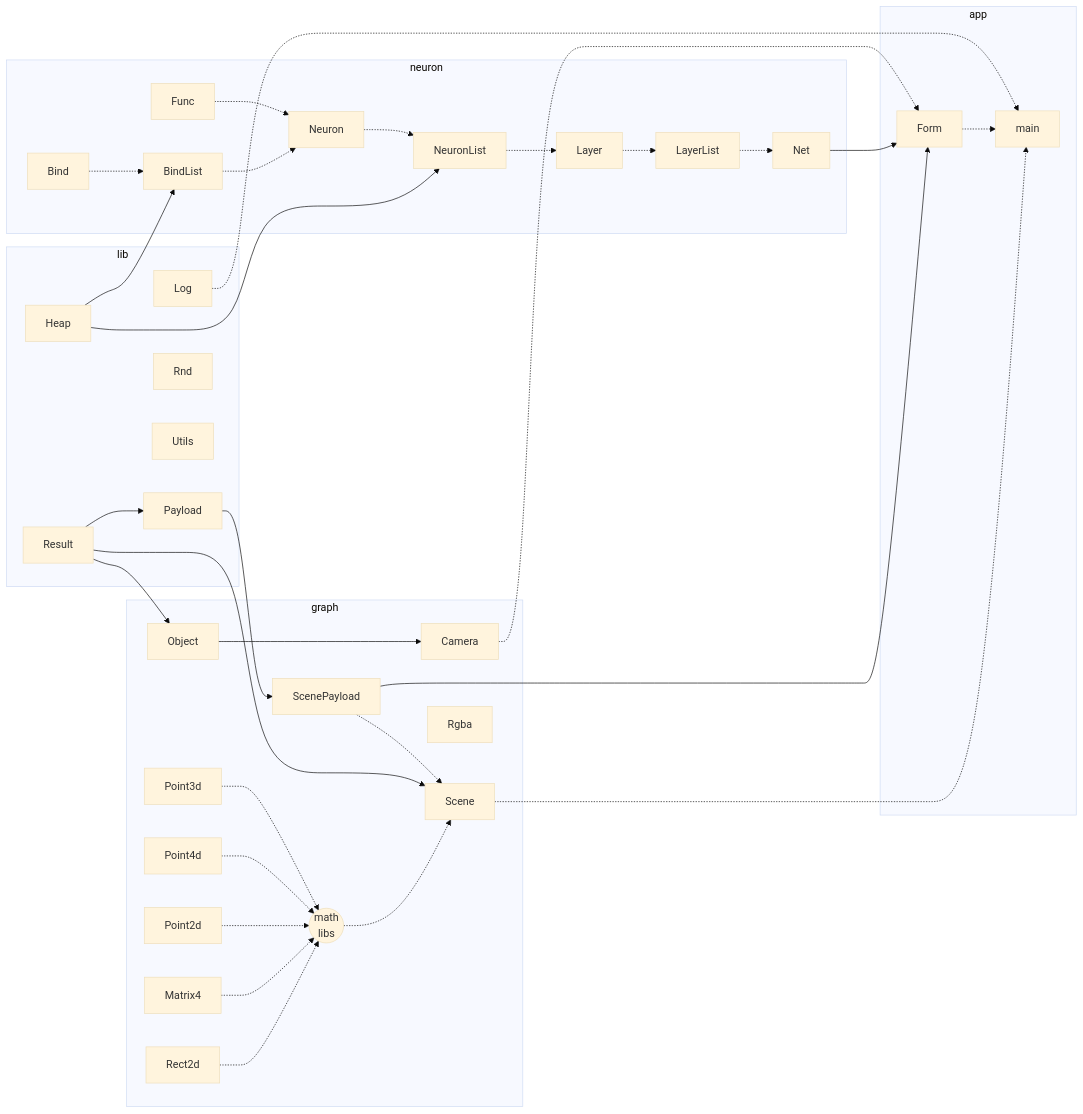
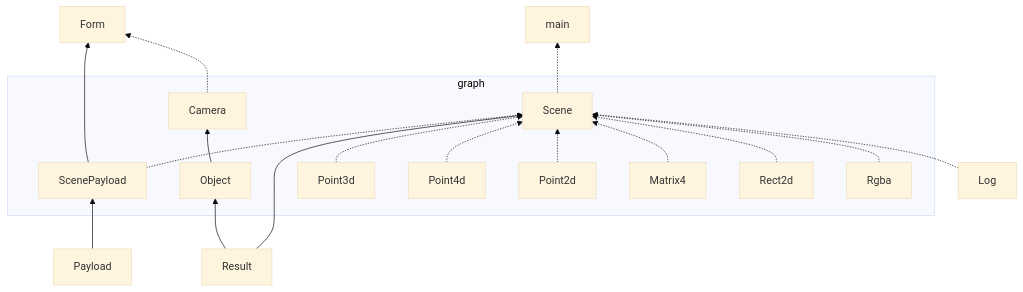
One commit to johnthesmith/shoggoth changed the second of 3 diagrams in README.md. Above: the diagram before and after it, drawn with Mermaid (base theme).

Commit message:
Libraries refactoring

````diff
--- a/README.md
+++ b/README.md
@@ -67,87 +67,38 @@
 ```mermaid
-flowchart LR
-
-ScenePayload
-Camera
-
-math((math<br>libs))
-
-subgraph app
-    main
-    Form
-end
-
-subgraph lib
-    Heap
-    Result
-    Payload
-    Log
-    Rnd
-    Utils
-end
+flowchart BT
 
 subgraph graph
-    Object
-    Camera
     ScenePayload
     Scene
-    math
     Point3d
     Point4d
     Point2d
     Matrix4
     Rect2d
     Rgba
-
+    Object
+    Camera
 end
 
-subgraph neuron
-    Bind
-    BindList
-    Layer
-    LayerList
-    Net
-    Neuron
-    NeuronList
-    Func
-end
-
+ScenePayload--> Form
 
 Payload --> ScenePayload
 Camera -.-> Form
 
-
 ScenePayload-.-> Scene
 
 Object --> Camera
-Result --> Payload
 Result --> Scene
 Result --> Object
 
-
-Log -.-> main
-
-Form -.-> main
 Scene -.-> main
 
-Point3d -.-> math
-Point4d -.-> math
-Point2d -.-> math
-Matrix4 -.-> math
-Rect2d -.-> math
+Point3d -.-> Scene
+Point4d -.-> Scene
+Point2d -.-> Scene
+Matrix4 -.-> Scene
+Rect2d -.-> Scene
+Rgba -.-> Scene
 
-math -.-> Scene
-
-Net --> Form
-ScenePayload--> Form
-
-Func -.-> Neuron
-Neuron -.-> NeuronList
-NeuronList -.-> Layer
-Layer -.-> LayerList
-LayerList -.-> Net
-Bind -.-> BindList
-BindList -.-> Neuron
-Heap --> BindList
-Heap --> NeuronList
+Log -.-> Scene
 ```
````
